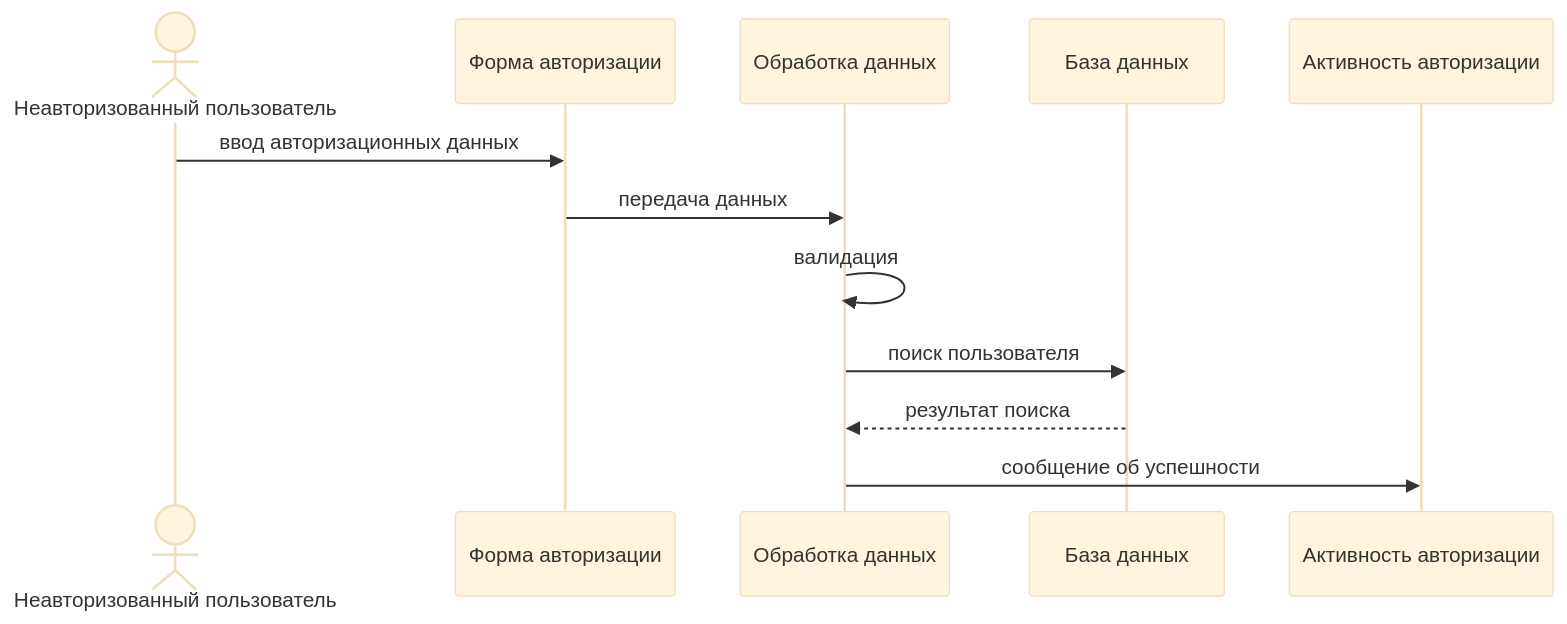
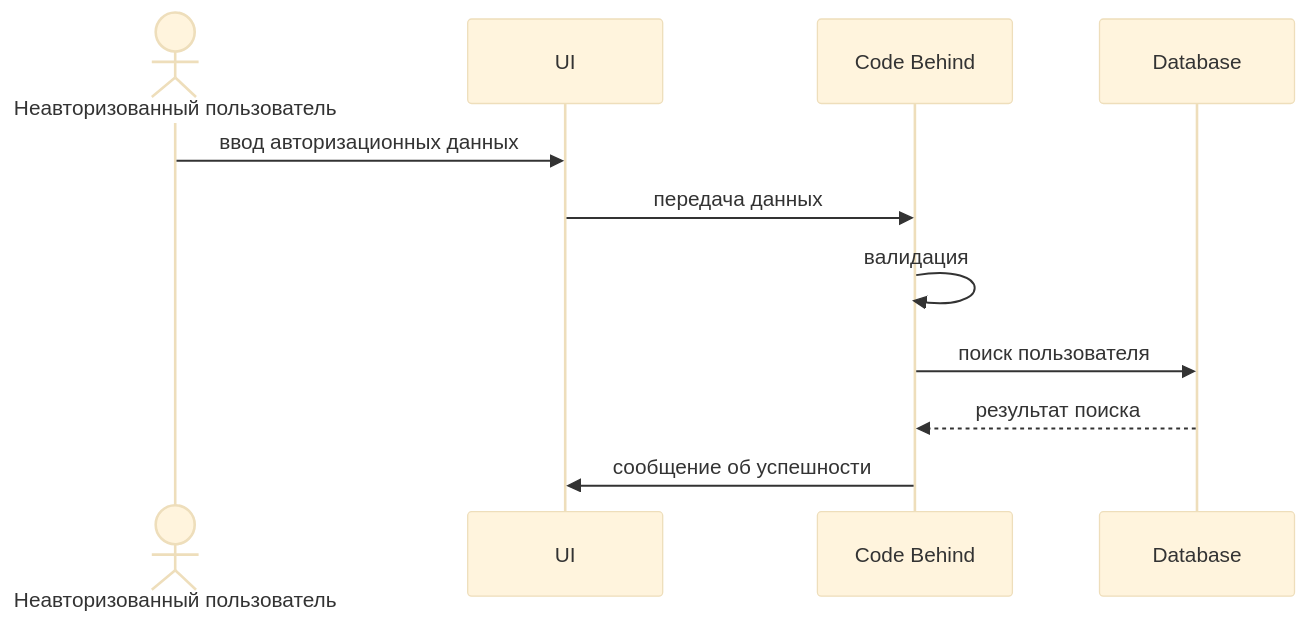
The second of 2 diagrams in README.md (Darnion/ToursProject), drawn with Mermaid (base theme) before and after one commit. The commit also changed other lines of this file, not shown here.

````diff
--- a/README.md
+++ b/README.md
@@ -113,14 +113,13 @@
 ```mermaid
 sequenceDiagram
-    actor U as Неавторизованный пользователь
-    participant AF as Форма авторизации
-    participant T as Обработка данных
-    participant DB as База данных
-    participant Act as Активность авторизации
-    U->>AF:ввод авторизационных данных
-    AF->>T:передача данных
-    T->>T:валидация
-    T->>DB:поиск пользователя
-    DB-->>T:результат поиска
-    T->>Act:сообщение об успешности
+actor U as Неавторизованный пользователь
+participant UI
+participant CB as Code Behind
+participant DB as Database
+U->>UI:ввод авторизационных данных
+UI->>CB:передача данных
+CB->>CB:валидация
+CB->>DB:поиск пользователя
+DB-->>CB:результат поиска
+CB->>UI:сообщение об успешности
 ```
````
